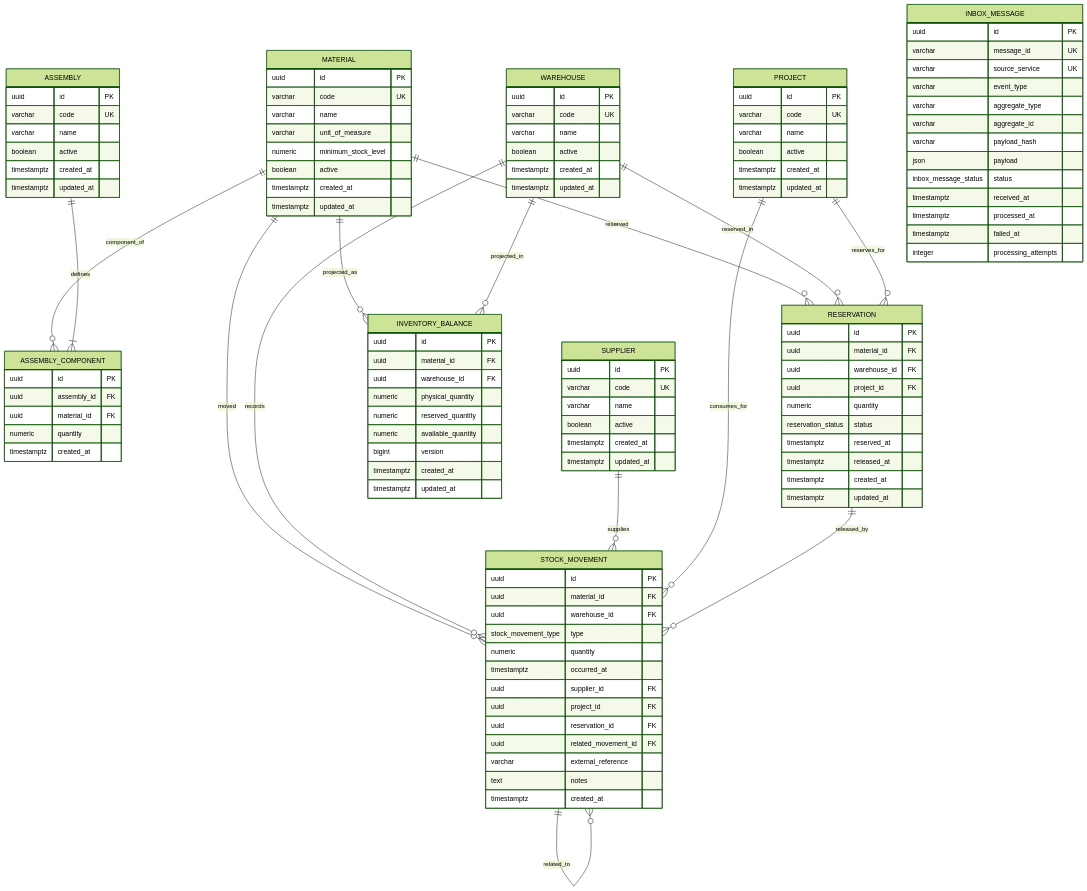
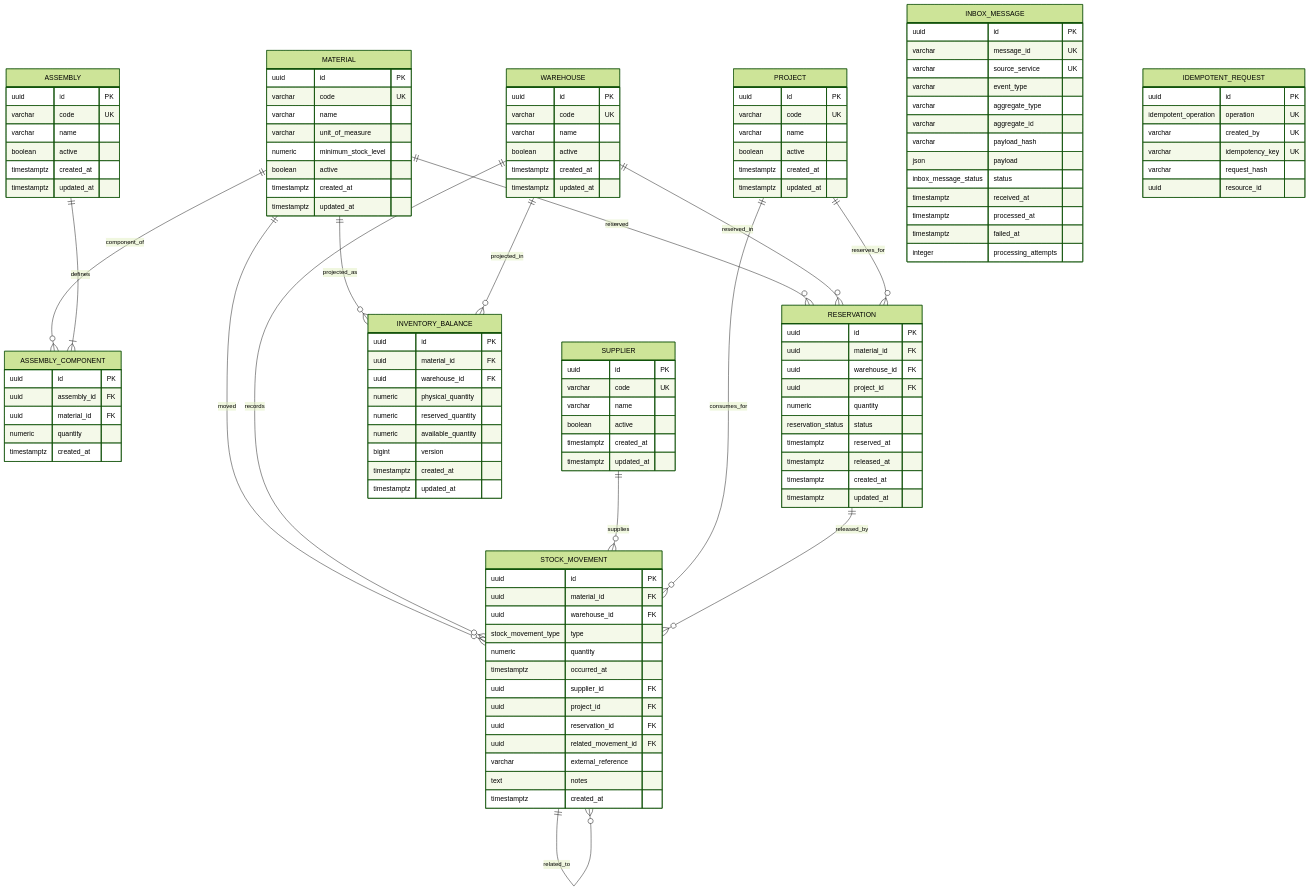
One commit to alexwarrior1991/mto-stock changed the diagram in docs/03-database.md. Above: the diagram before and after it, drawn with Mermaid (forest theme). The commit also changed other lines of this file and 33 other files, not shown here.

First line of the commit message:
Reservas y salidas repetibles con Idempotency-Key (#16)

````diff
--- a/docs/03-database.md
+++ b/docs/03-database.md
@@ -195,4 +197,13 @@
         timestamptz failed_at
         integer processing_attempts
     }
+
+    IDEMPOTENT_REQUEST {
+        uuid id PK
+        idempotent_operation operation UK
+        varchar created_by UK
+        varchar idempotency_key UK
+        varchar request_hash
+        uuid resource_id
+    }
 ```
````
